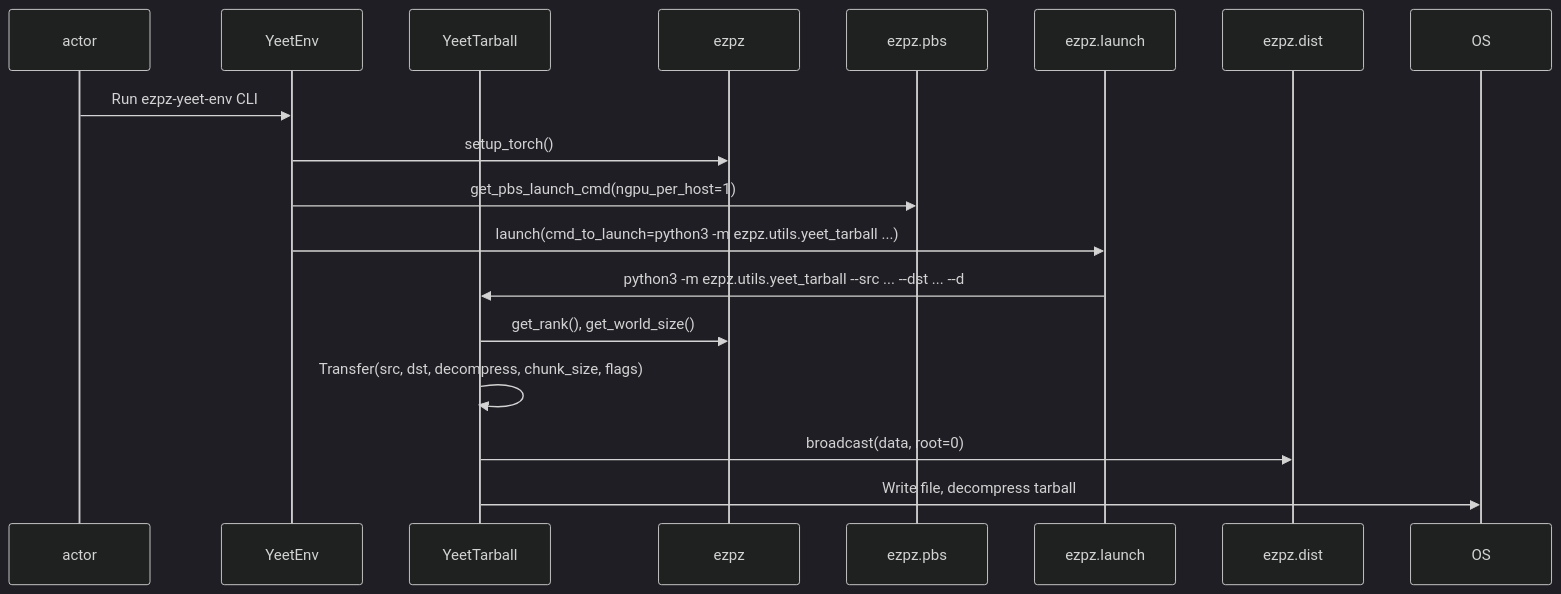
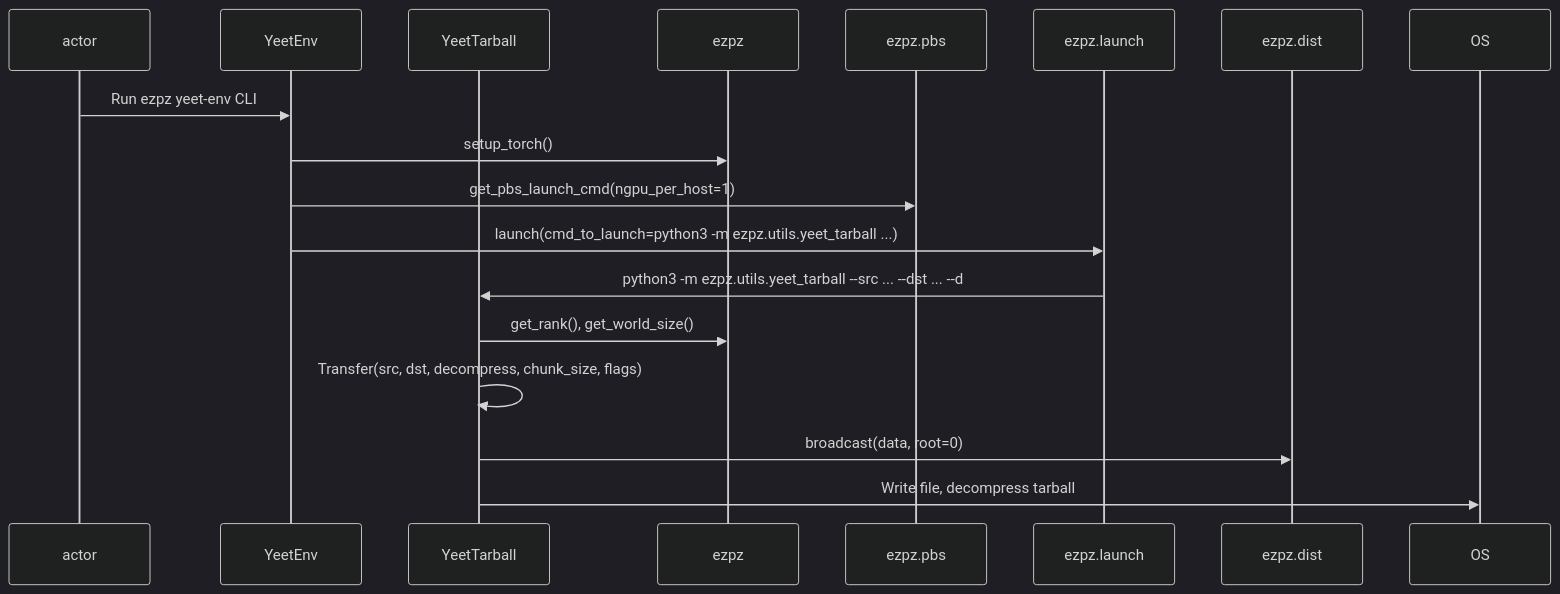
Before and after one commit to saforem2/ezpz: the first of 4 diagrams in docs/utils/yeet-env.md, drawn with Mermaid (dark theme). The commit also changed other lines of this file and 11 other files, not shown here.

````diff
--- a/docs/utils/yeet-env.md
+++ b/docs/utils/yeet-env.md
@@ -26,16 +26,16 @@
 ```mermaid
 sequenceDiagram
     participant User as actor
     participant YeetEnv
     participant YeetTarball
     participant ezpz
-    User->>YeetEnv: Run ezpz-yeet-env CLI
+    User->>YeetEnv: Run ezpz yeet-env CLI
     YeetEnv->>ezpz: setup_torch()
     YeetEnv->>ezpz.pbs: get_pbs_launch_cmd(ngpu_per_host=1)
     YeetEnv->>ezpz.launch: launch(cmd_to_launch=python3 -m ezpz.utils.yeet_tarball ...)
     ezpz.launch->>YeetTarball: python3 -m ezpz.utils.yeet_tarball --src ... --dst ... --d
     YeetTarball->>ezpz: get_rank(), get_world_size()
     YeetTarball->>YeetTarball: Transfer(src, dst, decompress, chunk_size, flags)
     YeetTarball->>ezpz.dist: broadcast(data, root=0)
     YeetTarball->>OS: Write file, decompress tarball
 ```
````
